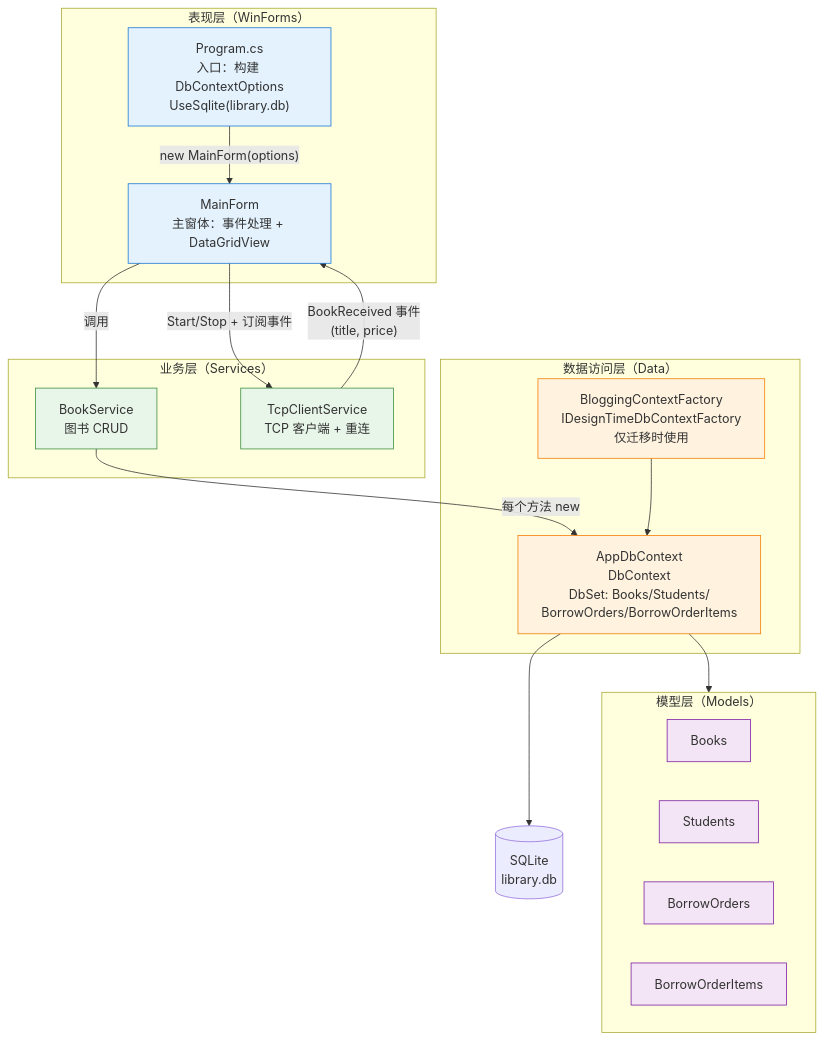
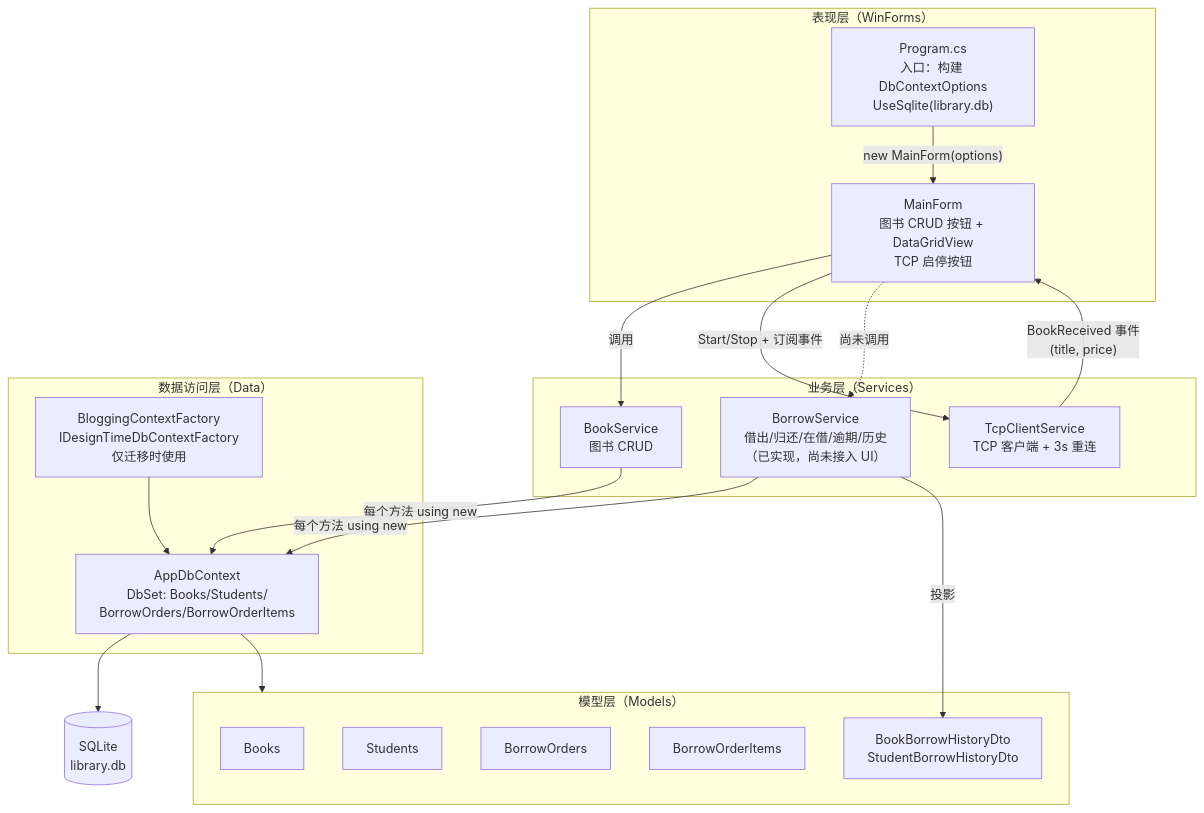
One commit to sufardive/Bookl_Manager_System changed the first of 6 diagrams in docs/项目架构说明.md. Above: the diagram before and after it, drawn with Mermaid. The commit also changed other lines of this file and 2 other files, not shown here.

````diff
--- a/docs/项目架构说明.md
+++ b/docs/项目架构说明.md
@@ -53,44 +61,40 @@
 ```mermaid
 flowchart TD
     subgraph UI["表现层（WinForms）"]
         PF["Program.cs<br/>入口：构建 DbContextOptions<br/>UseSqlite(library.db)"]
-        MF["MainForm<br/>主窗体：事件处理 + DataGridView"]
+        MF["MainForm<br/>图书 CRUD 按钮 + DataGridView<br/>TCP 启停按钮"]
     end
 
     subgraph SVC["业务层（Services）"]
         BS["BookService<br/>图书 CRUD"]
-        TCP["TcpClientService<br/>TCP 客户端 + 重连"]
+        BRS["BorrowService<br/>借出/归还/在借/逾期/历史<br/>（已实现，尚未接入 UI）"]
+        TCP["TcpClientService<br/>TCP 客户端 + 3s 重连"]
     end
 
     subgraph DATA["数据访问层（Data）"]
-        CXT["AppDbContext<br/>DbContext<br/>DbSet: Books/Students/<br/>BorrowOrders/BorrowOrderItems"]
+        CXT["AppDbContext<br/>DbSet: Books/Students/<br/>BorrowOrders/BorrowOrderItems"]
         FACT["BloggingContextFactory<br/>IDesignTimeDbContextFactory<br/>仅迁移时使用"]
     end
 
     subgraph MODEL["模型层（Models）"]
         M_Books["Books"]
         M_Students["Students"]
         M_Orders["BorrowOrders"]
         M_Items["BorrowOrderItems"]
+        M_DTO["BookBorrowHistoryDto<br/>StudentBorrowHistoryDto"]
     end
 
     DB[("SQLite<br/>library.db")]
 
     PF -->|"new MainForm(options)"| MF
     MF -->|"调用"| BS
     MF -->|"Start/Stop + 订阅事件"| TCP
-    BS -->|"每个方法 new"| CXT
+    MF -.->|"尚未调用"| BRS
+    BS -->|"每个方法 using new"| CXT
+    BRS -->|"每个方法 using new"| CXT
     CXT --> DB
     CXT --> MODEL
     FACT --> CXT
     TCP -->|"BookReceived 事件<br/>(title, price)"| MF
-
-    classDef ui fill:#e3f2fd,stroke:#1976d2
-    classDef svc fill:#e8f5e9,stroke:#388e3c
-    classDef data fill:#fff3e0,stroke:#f57c00
-    classDef model fill:#f3e5f5,stroke:#7b1fa2
-    class PF,MF ui
-    class BS,TCP svc
-    class CXT,FACT data
-    class M_Books,M_Students,M_Orders,M_Items model
+    BRS -->|"投影"| M_DTO
 ```
````
